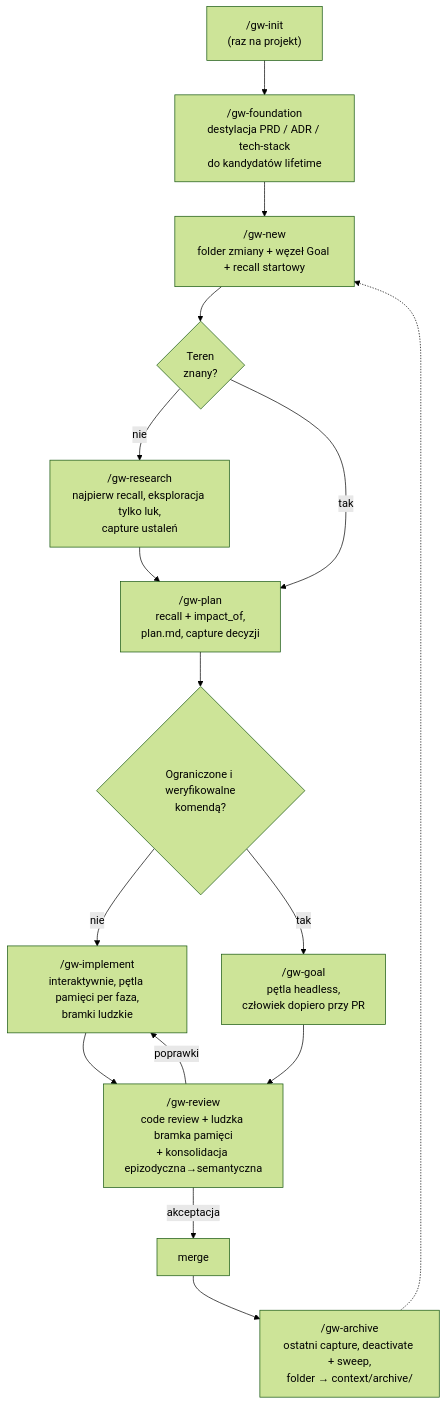
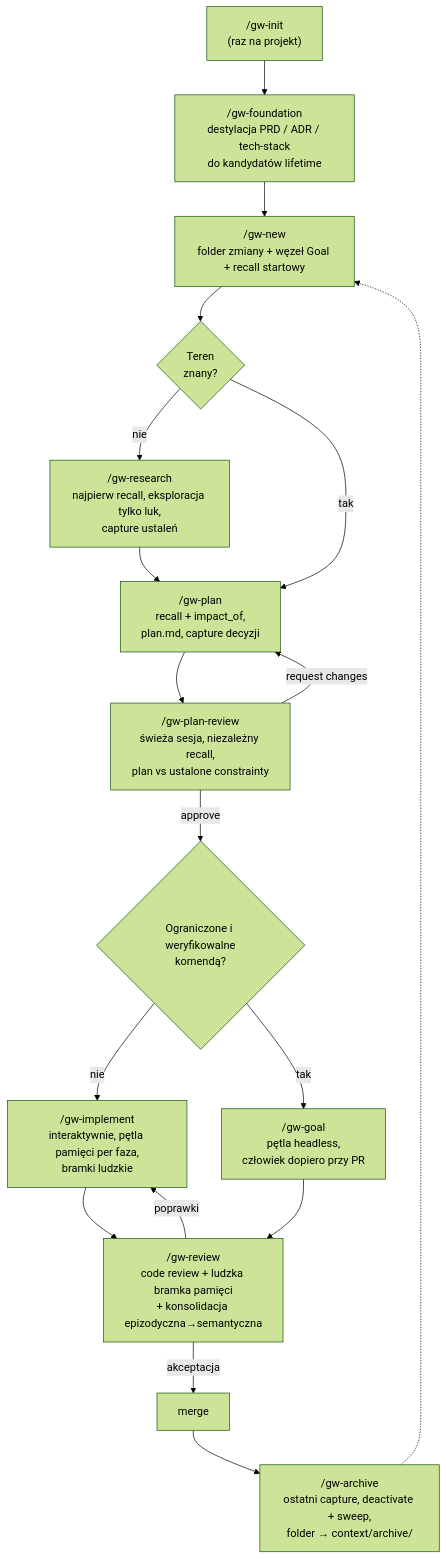
One commit to mt3o-dev/graph-workflow changed the first of 4 diagrams in docs/USAGE.pl.md. Above: the diagram before and after it, drawn with Mermaid (forest theme). The commit also changed other lines of this file and 5 other files, not shown here.

First line of the commit message:
Add gw-plan-review: independent plan gate against settled constraints

````diff
--- a/docs/USAGE.pl.md
+++ b/docs/USAGE.pl.md
@@ -22,18 +22,20 @@
 ```mermaid
 flowchart TD
     INIT["/gw-init<br/>(raz na projekt)"] --> FOUND["/gw-foundation<br/>destylacja PRD / ADR / tech-stack<br/>do kandydatów lifetime"]
     FOUND --> NEW["/gw-new<br/>folder zmiany + węzeł Goal + recall startowy"]
     NEW --> Q{Teren<br/>znany?}
     Q -- "nie" --> RES["/gw-research<br/>najpierw recall, eksploracja tylko luk,<br/>capture ustaleń"]
     Q -- "tak" --> PLAN
     RES --> PLAN["/gw-plan<br/>recall + impact_of,<br/>plan.md, capture decyzji"]
-    PLAN --> MODE{Ograniczone i weryfikowalne<br/>komendą?}
+    PLAN --> PLANREV["/gw-plan-review<br/>świeża sesja, niezależny recall,<br/>plan vs ustalone constrainty"]
+    PLANREV -- "request changes" --> PLAN
+    PLANREV -- "approve" --> MODE{Ograniczone i weryfikowalne<br/>komendą?}
     MODE -- "nie" --> IMPL["/gw-implement<br/>interaktywnie, pętla pamięci per faza,<br/>bramki ludzkie"]
     MODE -- "tak" --> GOAL["/gw-goal<br/>pętla headless,<br/>człowiek dopiero przy PR"]
     IMPL --> REV["/gw-review<br/>code review + ludzka bramka pamięci<br/>+ konsolidacja epizodyczna→semantyczna"]
     GOAL --> REV
     REV -- "poprawki" --> IMPL
     REV -- "akceptacja" --> MERGE["merge"]
     MERGE --> ARCH["/gw-archive<br/>ostatni capture, deactivate + sweep,<br/>folder → context/archive/"]
     ARCH -.-> NEW
 ```
````
